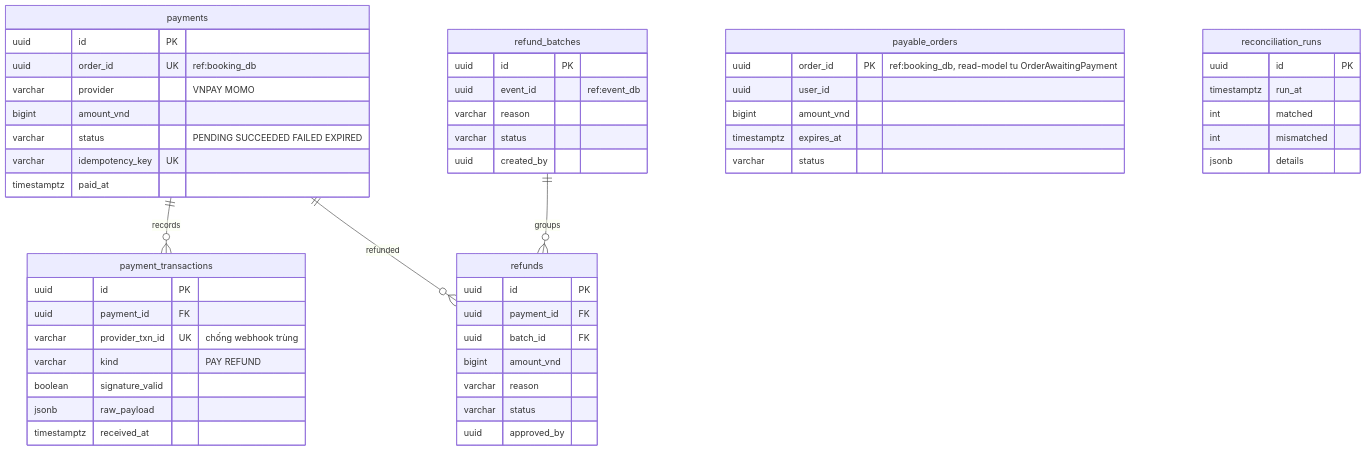
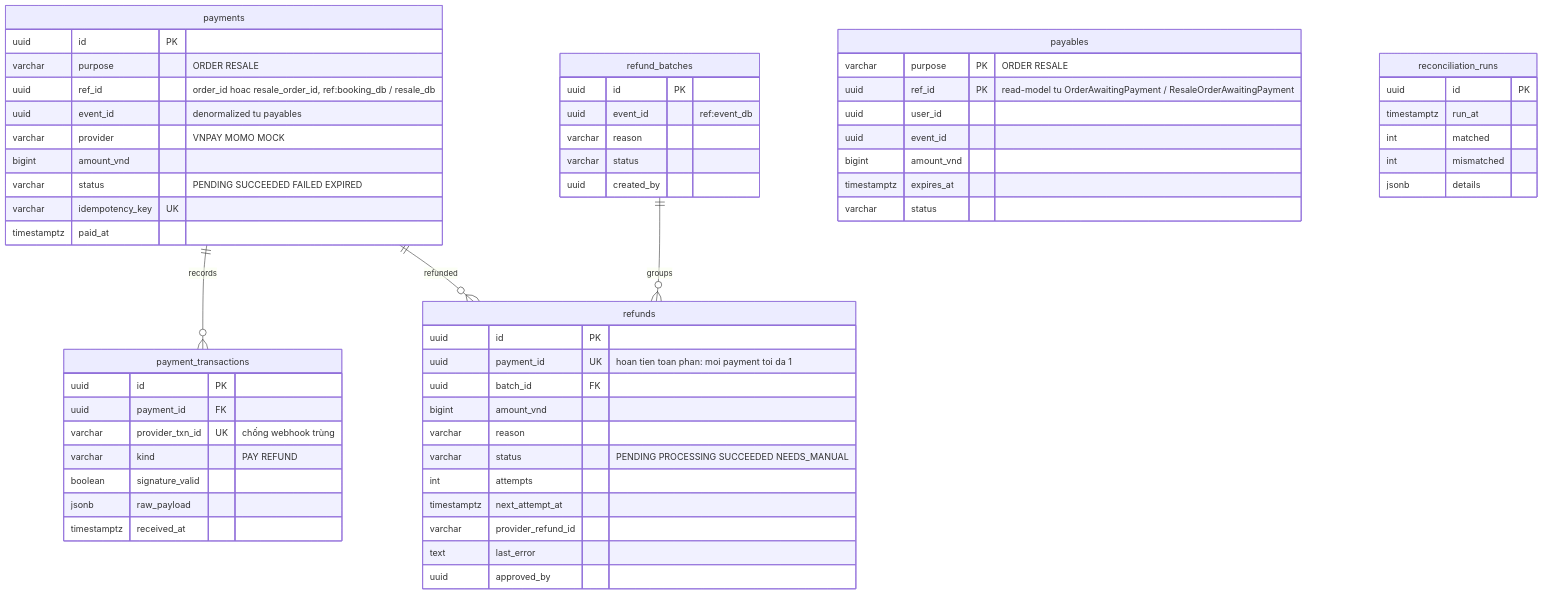
Before and after one commit to tvangx/VENTIX: the seventh of 13 diagrams in docs/architecture/architecture-v2.md, drawn with Mermaid. The commit also changed other lines of this file and 14 other files, not shown here.

````diff
--- a/docs/architecture/architecture-v2.md
+++ b/docs/architecture/architecture-v2.md
@@ -628,55 +628,63 @@
 ```mermaid
 erDiagram
   payments ||--o{ payment_transactions : records
   payments ||--o{ refunds : refunded
   refund_batches ||--o{ refunds : groups
 
   payments {
     uuid id PK
-    uuid order_id UK "ref:booking_db"
-    varchar provider "VNPAY MOMO"
+    varchar purpose "ORDER RESALE"
+    uuid ref_id "order_id hoac resale_order_id, ref:booking_db / resale_db"
+    uuid event_id "denormalized tu payables"
+    varchar provider "VNPAY MOMO MOCK"
     bigint amount_vnd
     varchar status "PENDING SUCCEEDED FAILED EXPIRED"
     varchar idempotency_key UK
     timestamptz paid_at
   }
   payment_transactions {
     uuid id PK
     uuid payment_id FK
     varchar provider_txn_id UK "chống webhook trùng"
     varchar kind "PAY REFUND"
     boolean signature_valid
     jsonb raw_payload
     timestamptz received_at
   }
   refunds {
     uuid id PK
-    uuid payment_id FK
+    uuid payment_id UK "hoan tien toan phan: moi payment toi da 1"
     uuid batch_id FK
     bigint amount_vnd
     varchar reason
-    varchar status
+    varchar status "PENDING PROCESSING SUCCEEDED NEEDS_MANUAL"
+    int attempts
+    timestamptz next_attempt_at
+    varchar provider_refund_id
+    text last_error
     uuid approved_by
   }
   refund_batches {
     uuid id PK
     uuid event_id "ref:event_db"
     varchar reason
     varchar status
     uuid created_by
   }
-  payable_orders {
-    uuid order_id PK "ref:booking_db, read-model tu OrderAwaitingPayment"
+  payables {
+    varchar purpose PK "ORDER RESALE"
+    uuid ref_id PK "read-model tu OrderAwaitingPayment / ResaleOrderAwaitingPayment"
     uuid user_id
+    uuid event_id
     bigint amount_vnd
     timestamptz expires_at
     varchar status
   }
   reconciliation_runs {
     uuid id PK
     timestamptz run_at
     int matched
     int mismatched
     jsonb details
   }
 ```
````
